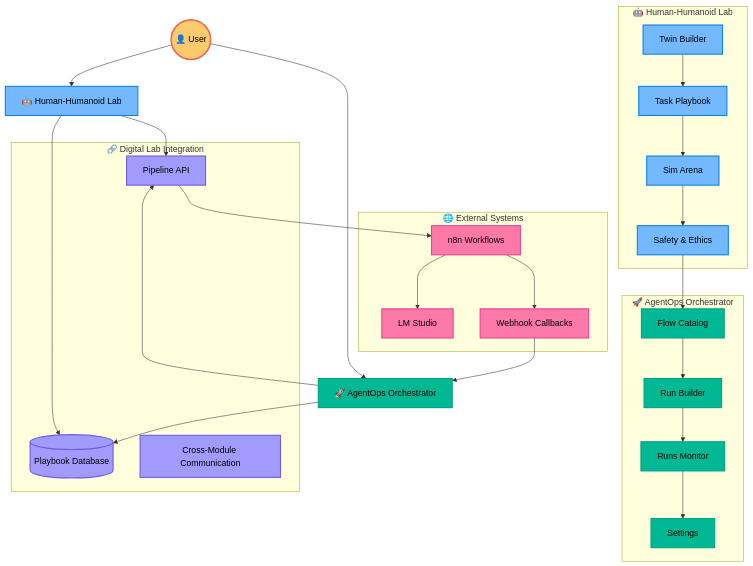
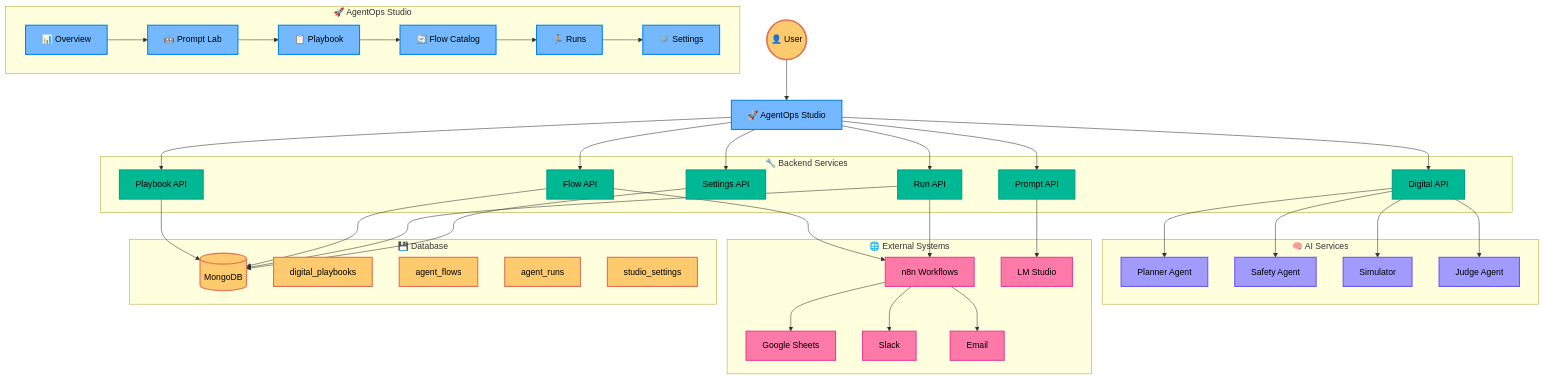
Before and after one commit to IgnacioTejeraPicossi/Workplace-Learning-With-AI: the ninth of 9 diagrams in README.md, drawn with Mermaid. The commit also changed other lines of this file and 39 other files, not shown here.

Commit message:
Add AgentOps Studio

````diff
--- a/README.md
+++ b/README.md
@@ -3202,68 +3160,99 @@
 ```mermaid
 graph TB
   %% User Interface Layer
-  User((👤 User)) --> HDL[🤖 Human-Humanoid Lab]
-  User --> AOS[🚀 AgentOps Orchestrator]
+  User((👤 User)) --> AOS[🚀 AgentOps Studio]
   
-  %% Human-Humanoid Lab Components
-  subgraph "🤖 Human-Humanoid Lab"
-    TwinBuilder[Twin Builder]
-    TaskPlaybook[Task Playbook]
-    SimArena[Sim Arena]
-    SafetyEthics[Safety & Ethics]
+  %% AgentOps Studio Components
+  subgraph "🚀 AgentOps Studio"
+    Overview[📊 Overview]
+    PromptLab[🤖 Prompt Lab]
+    Playbook[📋 Playbook]
+    FlowCatalog[🔄 Flow Catalog]
+    Runs[🏃 Runs]
+    Settings[⚙️ Settings]
   end
   
-  %% AgentOps Orchestrator Components
-  subgraph "🚀 AgentOps Orchestrator"
-    FlowCatalog[Flow Catalog]
-    RunBuilder[Run Builder]
-    Runs[Runs Monitor]
-    Settings[Settings]
+  %% Backend Services
+  subgraph "🔧 Backend Services"
+    DigitalAPI[Digital API]
+    PromptAPI[Prompt API]
+    PlaybookAPI[Playbook API]
+    FlowAPI[Flow API]
+    RunAPI[Run API]
+    SettingsAPI[Settings API]
   end
   
-  %% Digital Lab Integration
-  subgraph "🔗 Digital Lab Integration"
-    PlaybookDB[(Playbook Database)]
-    PipelineAPI[Pipeline API]
-    CrossModule[Cross-Module Communication]
+  %% AI Services
+  subgraph "🧠 AI Services"
+    PlannerAgent[Planner Agent]
+    SafetyAgent[Safety Agent]
+    Simulator[Simulator]
+    JudgeAgent[Judge Agent]
   end
   
   %% External Systems
   subgraph "🌐 External Systems"
     N8N[n8n Workflows]
     LMStudio[LM Studio]
-    Webhooks[Webhook Callbacks]
+    GoogleSheets[Google Sheets]
+    Slack[Slack]
+    Email[Email]
+  end
+  
+  %% Database
+  subgraph "💾 Database"
+    MongoDB[(MongoDB)]
+    PlaybooksDB[digital_playbooks]
+    FlowsDB[agent_flows]
+    RunsDB[agent_runs]
+    SettingsDB[studio_settings]
   end
   
   %% Workflow Connections
-  HDL --> PlaybookDB
-  AOS --> PlaybookDB
-  HDL --> PipelineAPI
-  AOS --> PipelineAPI
-  PipelineAPI --> N8N
-  N8N --> LMStudio
-  N8N --> Webhooks
-  Webhooks --> AOS
+  AOS --> DigitalAPI
+  AOS --> PromptAPI
+  AOS --> PlaybookAPI
+  AOS --> FlowAPI
+  AOS --> RunAPI
+  AOS --> SettingsAPI
+  
+  DigitalAPI --> PlannerAgent
+  DigitalAPI --> SafetyAgent
+  DigitalAPI --> Simulator
+  DigitalAPI --> JudgeAgent
+  
+  PromptAPI --> LMStudio
+  FlowAPI --> N8N
+  RunAPI --> N8N
+  
+  PlaybookAPI --> MongoDB
+  FlowAPI --> MongoDB
+  RunAPI --> MongoDB
+  SettingsAPI --> MongoDB
+  
+  N8N --> GoogleSheets
+  N8N --> Slack
+  N8N --> Email
   
   %% Data Flow
-  TwinBuilder --> TaskPlaybook
-  TaskPlaybook --> SimArena
-  SimArena --> SafetyEthics
-  SafetyEthics --> FlowCatalog
-  FlowCatalog --> RunBuilder
-  RunBuilder --> Runs
+  Overview --> PromptLab
+  PromptLab --> Playbook
+  Playbook --> FlowCatalog
+  FlowCatalog --> Runs
   Runs --> Settings
   
   %% Styling
   classDef user fill:#fdcb6e,stroke:#e17055,stroke-width:3px,color:#000000;
-  classDef humanoid fill:#74b9ff,stroke:#0984e3,stroke-width:2px,color:#000000;
-  classDef agentops fill:#00b894,stroke:#00a085,stroke-width:2px,color:#000000;
-  classDef integration fill:#a29bfe,stroke:#6c5ce7,stroke-width:2px,color:#000000;
+  classDef agentops fill:#74b9ff,stroke:#0984e3,stroke-width:2px,color:#000000;
+  classDef backend fill:#00b894,stroke:#00a085,stroke-width:2px,color:#000000;
+  classDef ai fill:#a29bfe,stroke:#6c5ce7,stroke-width:2px,color:#000000;
   classDef external fill:#fd79a8,stroke:#e84393,stroke-width:2px,color:#000000;
+  classDef database fill:#fdcb6e,stroke:#e17055,stroke-width:2px,color:#000000;
   
   class User user;
-  class HDL,TwinBuilder,TaskPlaybook,SimArena,SafetyEthics humanoid;
-  class AOS,FlowCatalog,RunBuilder,Runs,Settings agentops;
-  class PlaybookDB,PipelineAPI,CrossModule integration;
-  class N8N,LMStudio,Webhooks external;
+  class AOS,Overview,PromptLab,Playbook,FlowCatalog,Runs,Settings agentops;
+  class DigitalAPI,PromptAPI,PlaybookAPI,FlowAPI,RunAPI,SettingsAPI backend;
+  class PlannerAgent,SafetyAgent,Simulator,JudgeAgent ai;
+  class N8N,LMStudio,GoogleSheets,Slack,Email external;
+  class MongoDB,PlaybooksDB,FlowsDB,RunsDB,SettingsDB database;
 ```
````
